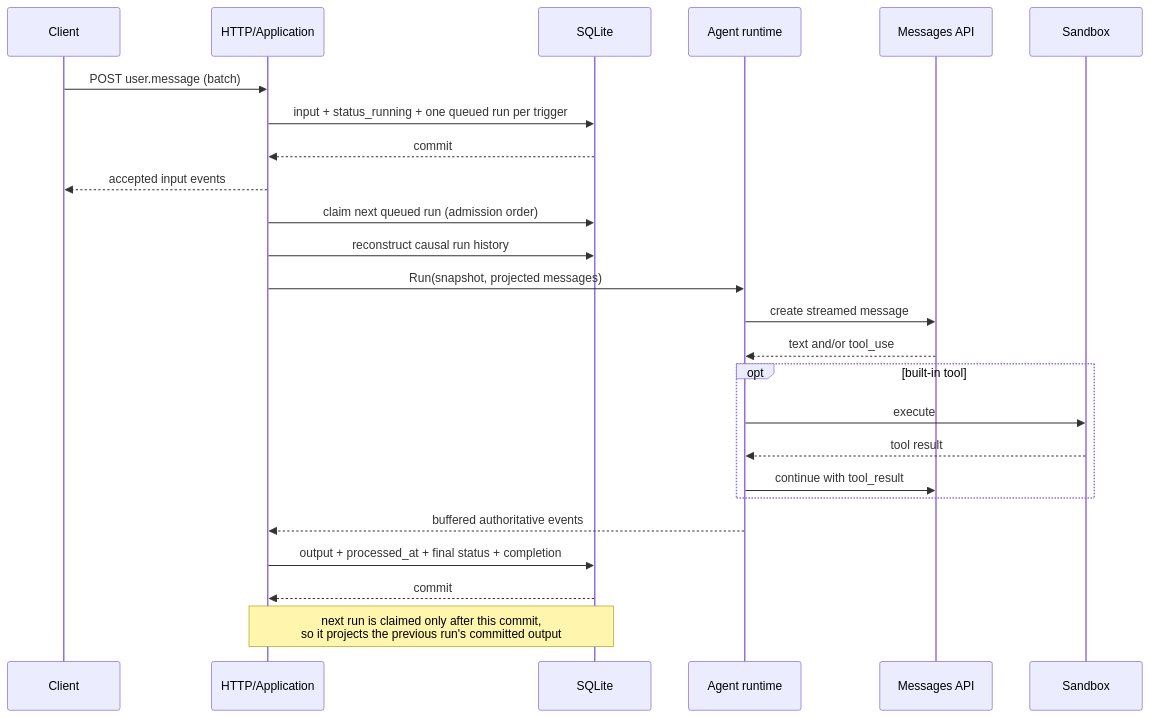
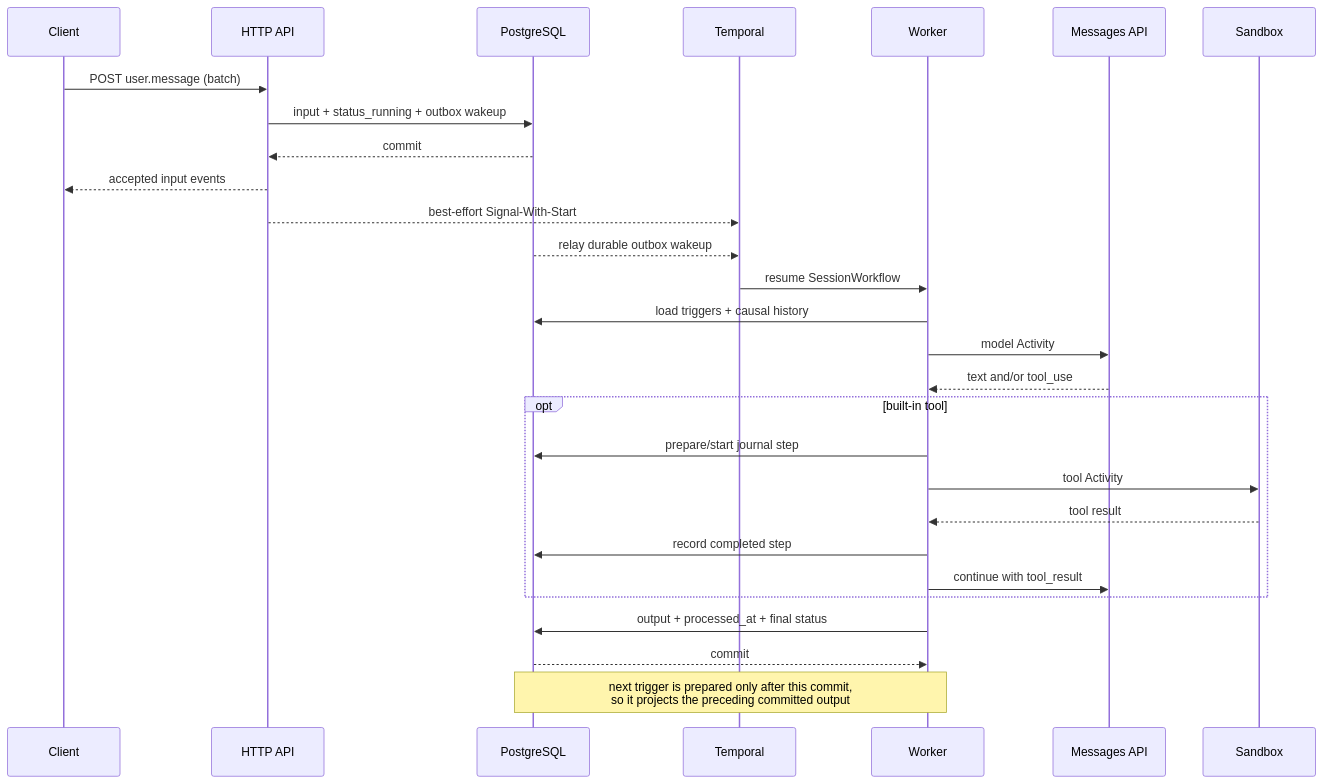
One commit to yanpgwang/managed-agent-go changed the second of 2 diagrams in docs/architecture/session-lifecycle.md. Above: the diagram before and after it, drawn with Mermaid. The commit also changed other lines of this file and 57 other files, not shown here.

Commit message:
feat: cut HTTP control plane over to PostgreSQL

````diff
--- a/docs/architecture/session-lifecycle.md
+++ b/docs/architecture/session-lifecycle.md
@@ -25,28 +26,31 @@
 ```mermaid
 sequenceDiagram
   participant C as Client
-  participant A as HTTP/Application
-  participant DB as SQLite
-  participant R as Agent runtime
+  participant A as HTTP API
+  participant DB as PostgreSQL
+  participant T as Temporal
+  participant W as Worker
   participant M as Messages API
   participant S as Sandbox
 
   C->>A: POST user.message (batch)
-  A->>DB: input + status_running + one queued run per trigger
+  A->>DB: input + status_running + outbox wakeup
   DB-->>A: commit
   A-->>C: accepted input events
-  A->>DB: claim next queued run (admission order)
-  A->>DB: reconstruct causal run history
-  A->>R: Run(snapshot, projected messages)
-  R->>M: create streamed message
-  M-->>R: text and/or tool_use
+  A-->>T: best-effort Signal-With-Start
+  DB-->>T: relay durable outbox wakeup
+  T->>W: resume SessionWorkflow
+  W->>DB: load triggers + causal history
+  W->>M: model Activity
+  M-->>W: text and/or tool_use
   opt built-in tool
-    R->>S: execute
-    S-->>R: tool result
-    R->>M: continue with tool_result
+    W->>DB: prepare/start journal step
+    W->>S: tool Activity
+    S-->>W: tool result
+    W->>DB: record completed step
+    W->>M: continue with tool_result
   end
-  R-->>A: buffered authoritative events
-  A->>DB: output + processed_at + final status + completion
-  DB-->>A: commit
-  Note over A,DB: next run is claimed only after this commit,<br/>so it projects the previous run's committed output
+  W->>DB: output + processed_at + final status
+  DB-->>W: commit
+  Note over W,DB: next trigger is prepared only after this commit,<br/>so it projects the preceding committed output
 ```
````
